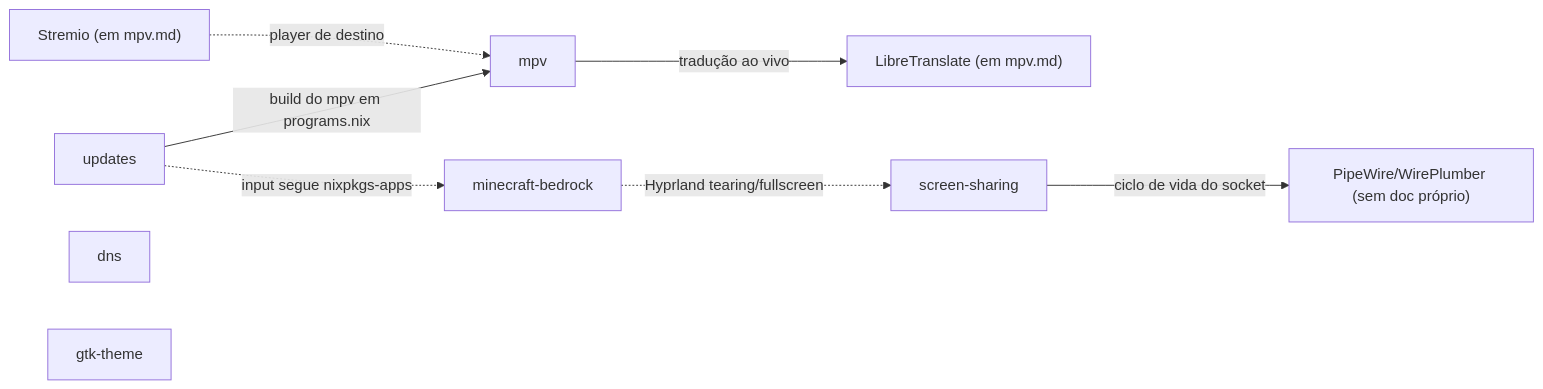
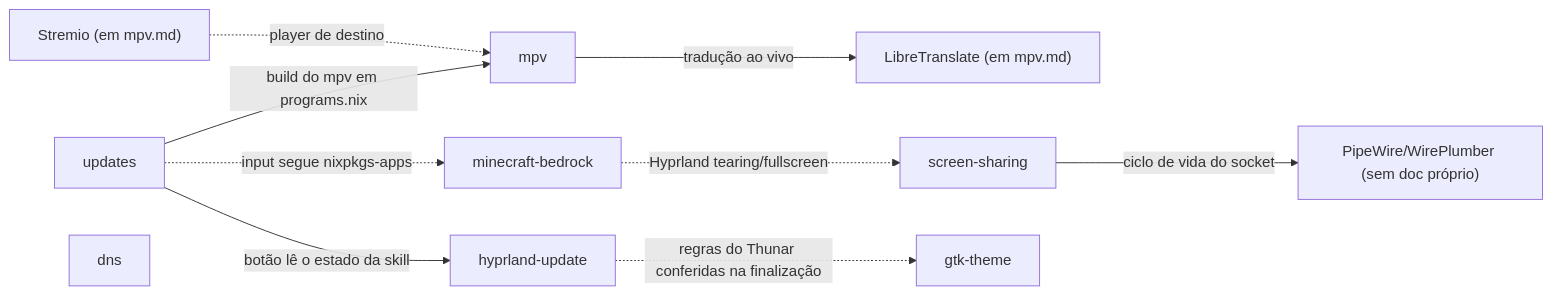
The diagram in .agents/knowledge/_index.md (aliceComH/nixos), drawn with Mermaid before and after one commit. The commit also changed other lines of this file and 9 other files, not shown here.

First line of the commit message:
feat: guarded hyprland update flow with /update-hyprland skill

````diff
--- a/.agents/knowledge/_index.md
+++ b/.agents/knowledge/_index.md
@@ -28,19 +29,22 @@
 ```mermaid
 graph LR
     mpv["mpv"]
     libretranslate["LibreTranslate (em mpv.md)"]
     stremio["Stremio (em mpv.md)"]
     screenSharing["screen-sharing"]
     pipewire["PipeWire/WirePlumber (sem doc próprio)"]
     bedrock["minecraft-bedrock"]
     updates["updates"]
     dns["dns"]
     gtkTheme["gtk-theme"]
+    hyprUpdate["hyprland-update"]
 
     mpv -->|"tradução ao vivo"| libretranslate
     stremio -.->|"player de destino"| mpv
     screenSharing -->|"ciclo de vida do socket"| pipewire
     bedrock -.->|"Hyprland tearing/fullscreen"| screenSharing
     updates -->|"build do mpv em programs.nix"| mpv
     updates -.->|"input segue nixpkgs-apps"| bedrock
+    updates -->|"botão lê o estado da skill"| hyprUpdate
+    hyprUpdate -.->|"regras do Thunar conferidas na finalização"| gtkTheme
 ```
````
